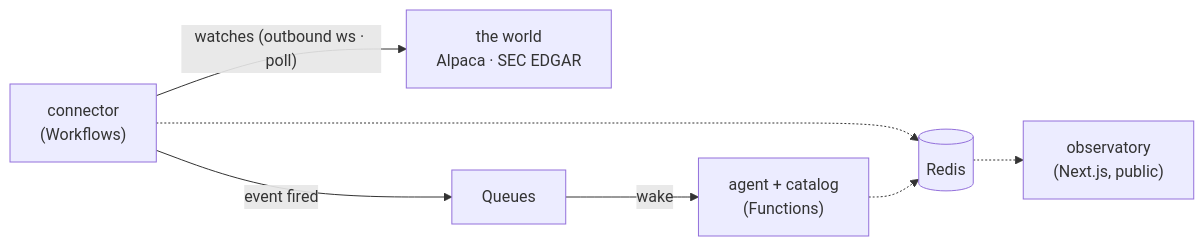
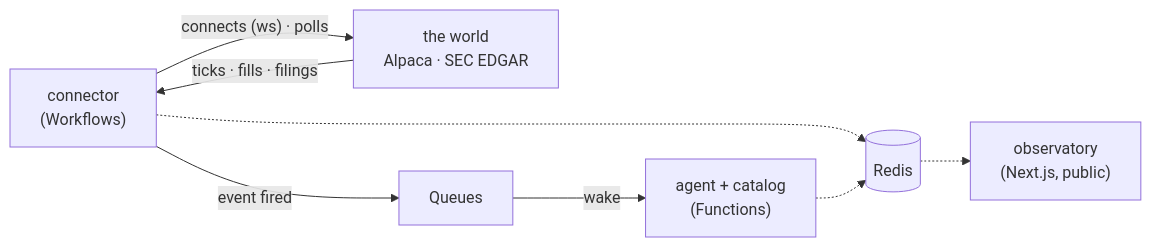
The second of 2 diagrams in README.md (pcomans/eve-event-catalog), drawn with Mermaid before and after one commit.

Commit message:
README: diagram — two arrows between connector and world
We initiate (connect/poll); the data flows back (ticks, fills, filings).

````diff
--- a/README.md
+++ b/README.md
@@ -328,9 +328,10 @@
 ```mermaid
 flowchart LR
-    CONN["connector<br/>(Workflows)"] -->|"watches (outbound ws · poll)"| W["the world<br/>Alpaca · SEC EDGAR"]
+    CONN["connector<br/>(Workflows)"] -->|"connects (ws) · polls"| W["the world<br/>Alpaca · SEC EDGAR"]
+    W -->|"ticks · fills · filings"| CONN
     CONN -->|"event fired"| Q["Queues"]
     Q -->|"wake"| EVE["agent + catalog<br/>(Functions)"]
     CONN -.-> R[("Redis")]
     EVE -.-> R
     R -.-> OBS["observatory<br/>(Next.js, public)"]
 ```
````
